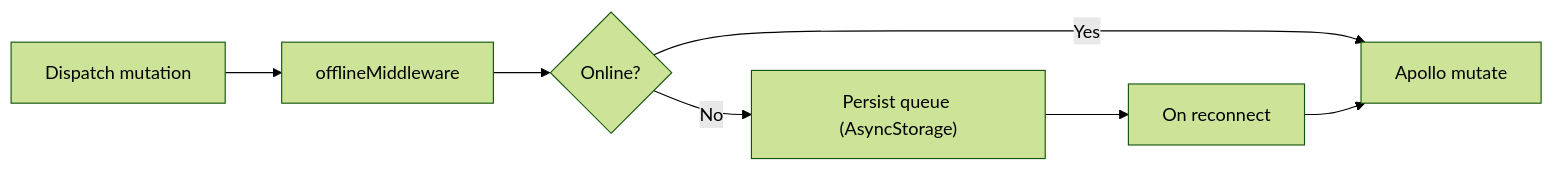
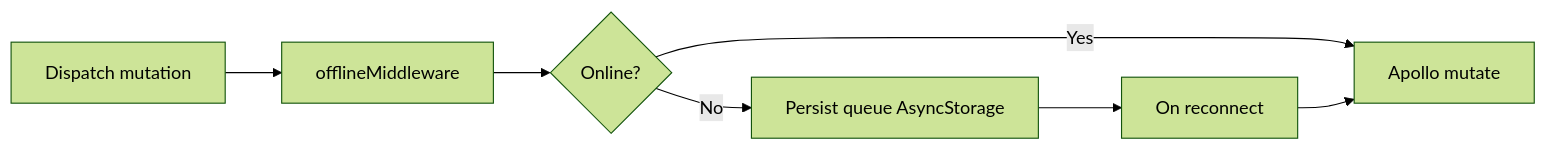
The fourth of 4 diagrams in README.md (mehotkhan/safarnak.app), drawn with Mermaid (forest theme) before and after one commit. The commit also changed other lines of this file, not shown here.

First line of the commit message:
docs(readme): fix Mermaid syntax by removing parentheses and special chars

````diff
--- a/README.md
+++ b/README.md
@@ -123,15 +123,15 @@
 ```mermaid
 flowchart LR
   MUT["Dispatch mutation"]
   MID["offlineMiddleware"]
   NET{"Online?"}
-  QUEUE["Persist queue (AsyncStorage)"]
+  QUEUE["Persist queue AsyncStorage"]
   SEND["Apollo mutate"]
   RETRY["On reconnect"]
 
   MUT --> MID
   MID --> NET
   NET -- No --> QUEUE
   NET -- Yes --> SEND
   QUEUE --> RETRY --> SEND
 ```
````
